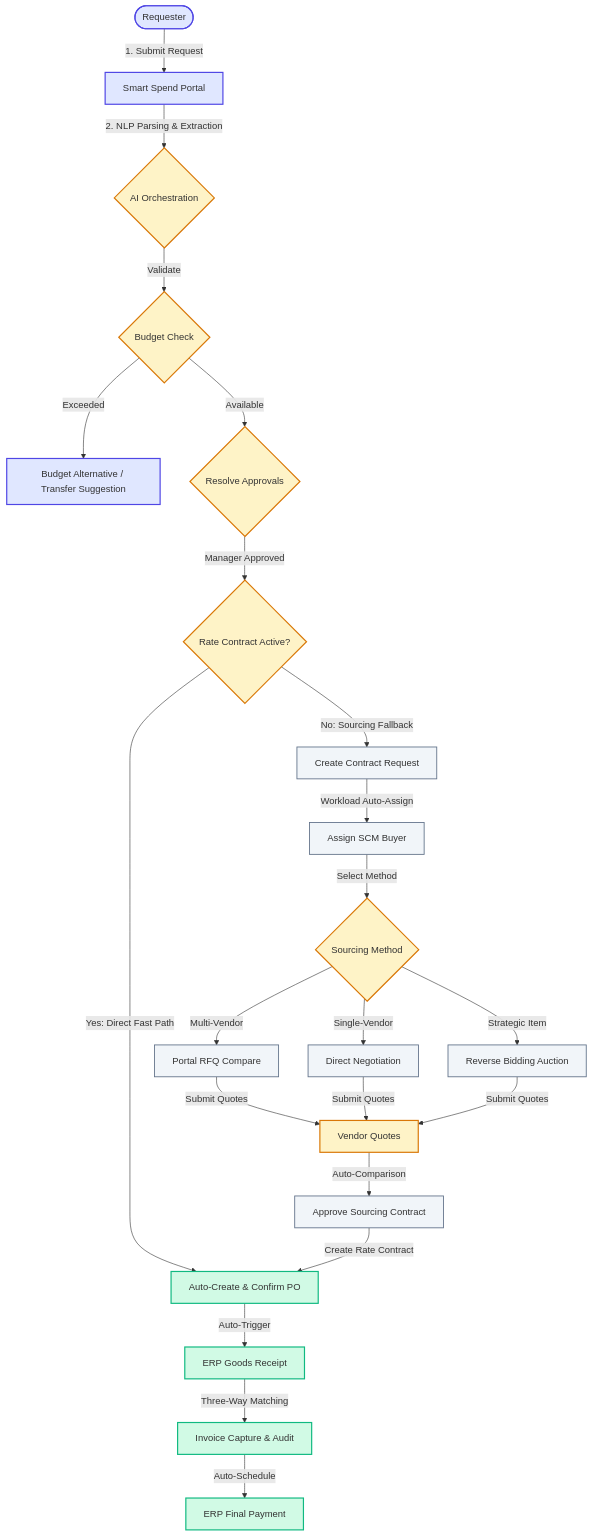
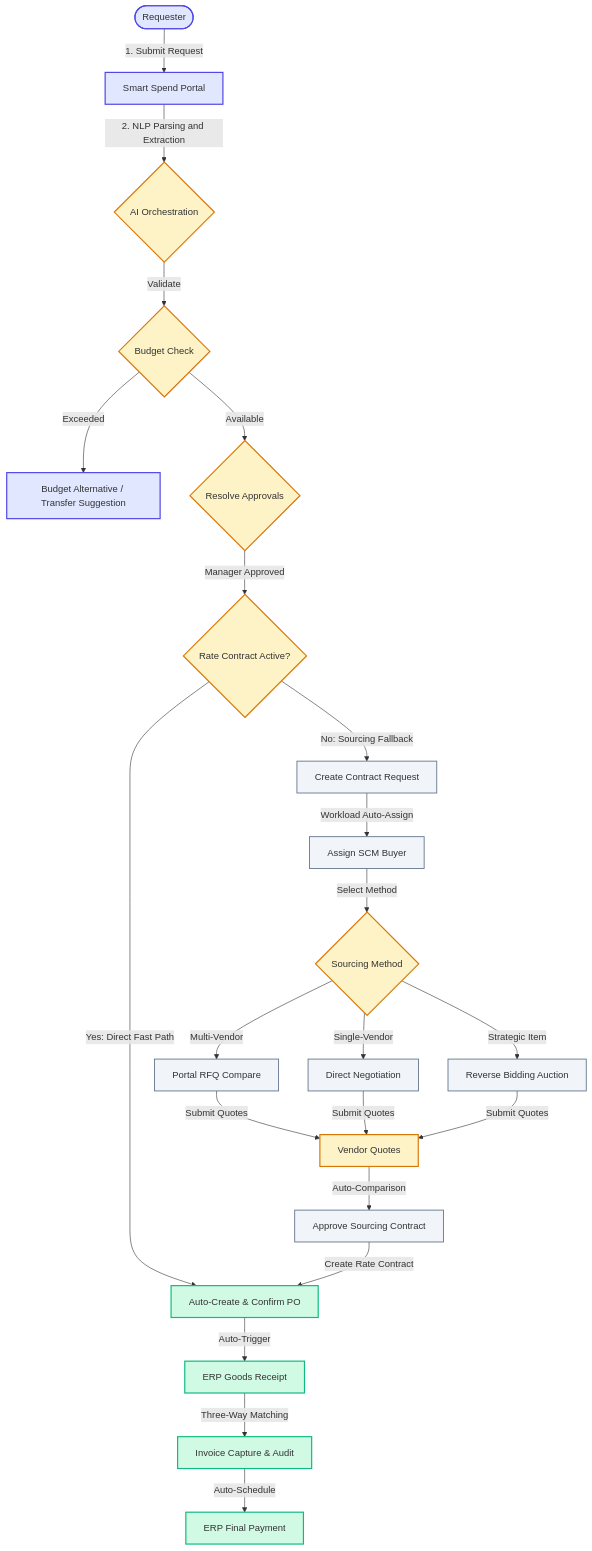
One commit to Anjitha-IdeenTech/Spendwise_prod changed the first of 5 diagrams in smart_spend_proposal/smartspend_workflow_guide.md. Above: the diagram before and after it, drawn with Mermaid. The commit also changed other lines of this file and 1 other file, not shown here.

Commit message:
fix: resolve Mermaid rendering syntax errors in workflow guide

````diff
--- a/smart_spend_proposal/smartspend_workflow_guide.md
+++ b/smart_spend_proposal/smartspend_workflow_guide.md
@@ -44,40 +44,40 @@
 ```mermaid
 flowchart TD
     User([Requester]) -->|1. Submit Request| Portal[Smart Spend Portal]
-    Portal -->|2. NLP Parsing & Extraction| Engine{AI Orchestration}
+    Portal -->|2. NLP Parsing and Extraction| Engine{AI Orchestration}
     Engine -->|Validate| Budget{Budget Check}
     
-    Budget -->|Exceeded| Transfer[Budget Alternative / Transfer Suggestion]
+    Budget -->|Exceeded| Transfer["Budget Alternative / Transfer Suggestion"]
     Budget -->|Available| Matrix{Resolve Approvals}
     
     Matrix -->|Manager Approved| Contract{Rate Contract Active?}
     
-    Contract -->|Yes: Direct Fast Path| PO[Auto-Create & Confirm PO]
+    Contract -->|Yes: Direct Fast Path| PO["Auto-Create & Confirm PO"]
     Contract -->|No: Sourcing Fallback| CR[Create Contract Request]
     
     CR -->|Workload Auto-Assign| Buyer[Assign SCM Buyer]
     Buyer -->|Select Method| Sourcing{Sourcing Method}
     Sourcing -->|Multi-Vendor| RFQ[Portal RFQ Compare]
     Sourcing -->|Single-Vendor| Neg[Direct Negotiation]
     Sourcing -->|Strategic Item| Bid[Reverse Bidding Auction]
     
     RFQ -->|Submit Quotes| Quotes[Vendor Quotes]
     Neg -->|Submit Quotes| Quotes
     Bid -->|Submit Quotes| Quotes
     Quotes -->|Auto-Comparison| ApproveContract[Approve Sourcing Contract]
     ApproveContract -->|Create Rate Contract| PO
     
     PO -->|Auto-Trigger| GRN[ERP Goods Receipt]
     GRN -->|Three-Way Matching| Invoice[Invoice Capture & Audit]
     Invoice -->|Auto-Schedule| Pay[ERP Final Payment]
     
     classDef portal fill:#E0E7FF,stroke:#4F46E5,stroke-width:2px;
     classDef backend fill:#F1F5F9,stroke:#64748B,stroke-width:1.5px;
     classDef success fill:#D1FAE5,stroke:#10B981,stroke-width:2px;
     classDef warning fill:#FEF3C7,stroke:#D97706,stroke-width:2px;
     
     class User,Portal,Transfer portal;
     class Engine,Budget,Matrix,Contract,Sourcing,Quotes warning;
     class PO,GRN,Invoice,Pay success;
     class CR,Buyer,RFQ,Neg,Bid,ApproveContract backend;
 ```
````
